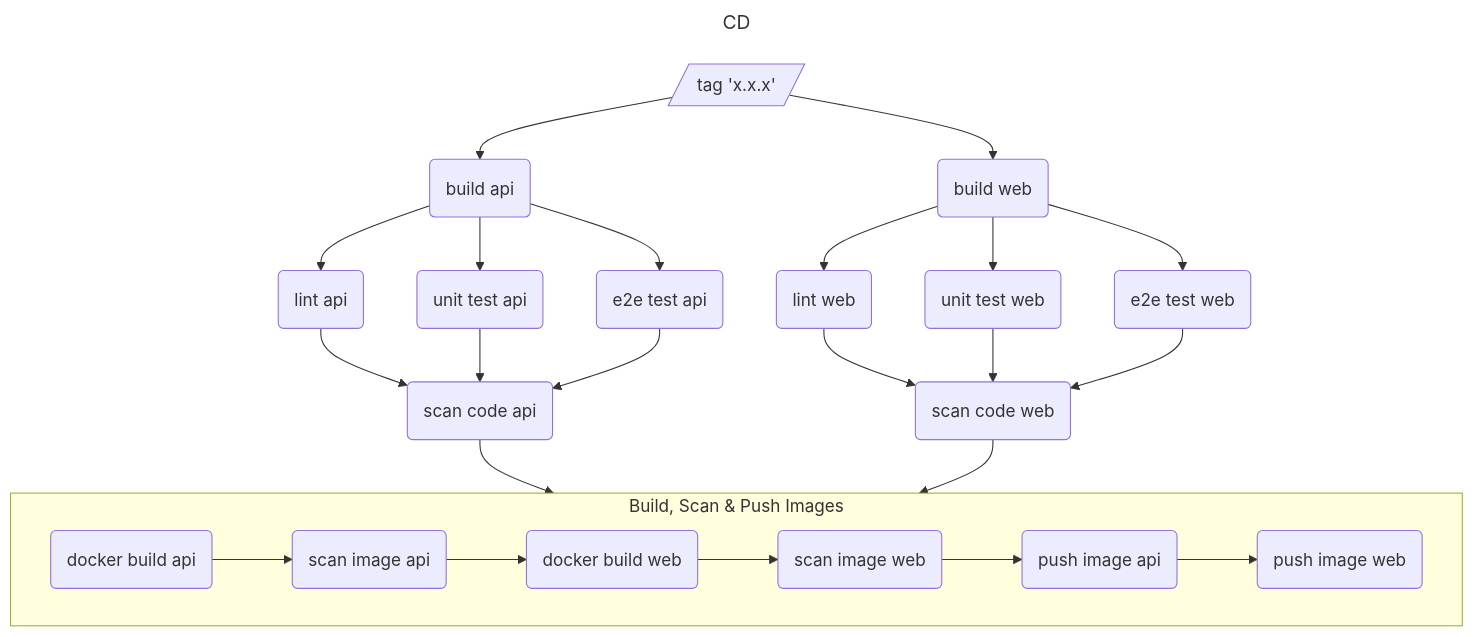
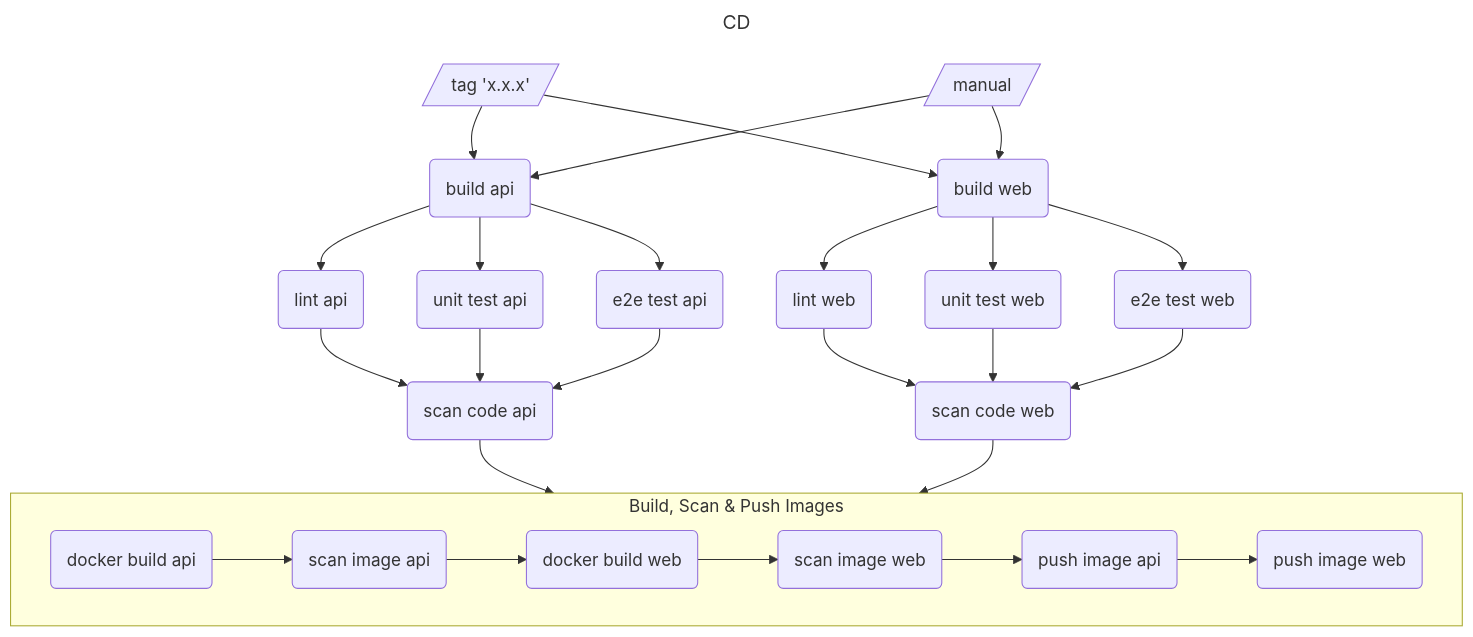
Before and after one commit to ruegerj/devops: the fourth of 5 diagrams in DOCUMENTATION.md, drawn with Mermaid.

Commit message:
add missing trigger for cd diagram

````diff
--- a/DOCUMENTATION.md
+++ b/DOCUMENTATION.md
@@ -368,51 +368,54 @@
 ```mermaid
 ---
 title: CD
 ---
 flowchart TD
     trigger_tag[/tag 'x.x.x'/]
+    trigger_manual[/manual/]
     build_api(build api)
     build_web(build web)
     lint_api(lint api)
     lint_web(lint web)
     test_unit_api(unit test api)
     test_e2e_api(e2e test api)
     test_unit_web(unit test web)
     test_e2e_web(e2e test web)
     scan_code_api(scan code api)
     scan_code_web(scan code web)
 
     trigger_tag --> build_api
     trigger_tag --> build_web
+    trigger_manual --> build_api
+    trigger_manual --> build_web
     build_api --> lint_api
     build_api --> test_unit_api
     build_api --> test_e2e_api
     build_web --> lint_web
     build_web --> test_unit_web
     build_web --> test_e2e_web
     lint_api --> scan_code_api
     test_unit_api --> scan_code_api
     test_e2e_api --> scan_code_api
     lint_web --> scan_code_web
     test_unit_web --> scan_code_web
     test_e2e_web --> scan_code_web
     scan_code_api --> docker_build_api
     scan_code_web --> docker_build_api
 
     subgraph docker_build_scan_push [ Build, Scan & Push Images]
         direction LR
 
         docker_build_api(docker build api)
         docker_build_web(docker build web)
         image_scan_api(scan image api)
         image_scan_web(scan image web)
         image_push_api(push image api)
         image_push_web(push image web)
 
         docker_build_api --> image_scan_api
         image_scan_api --> docker_build_web
         docker_build_web --> image_scan_web
         image_scan_web --> image_push_api
         image_push_api --> image_push_web
     end
 ```
````
